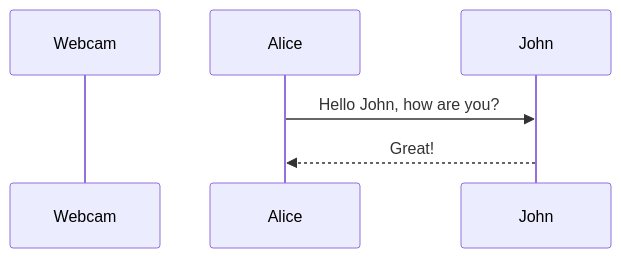
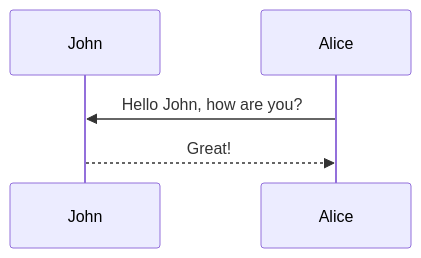
One commit to eyast/eyast.github.io changed the first of 2 diagrams in _projects/3D_Display.md. Above: the diagram before and after it, drawn with Mermaid. The commit also changed other lines of this file, not shown here.

Commit message:
fixed mermaid

```diff
--- a/_projects/3D_Display.md
+++ b/_projects/3D_Display.md
@@ -40,7 +40,7 @@
 {% mermaid %}
 sequenceDiagram
-    participant Webcam
+    participant John
     participant Alice
     Alice->>John: Hello John, how are you?
     John-->>Alice: Great!
 {% endmermaid %}
```
